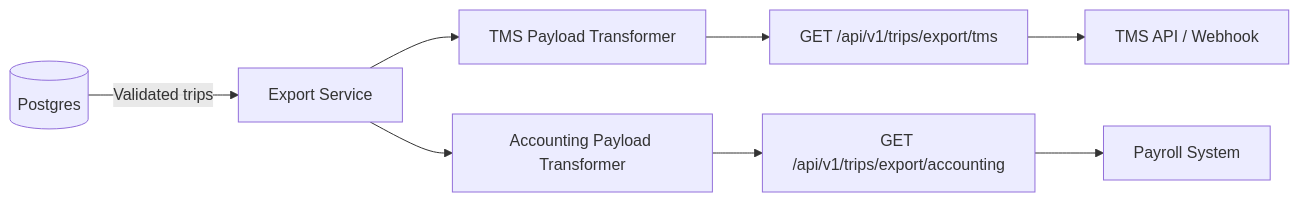
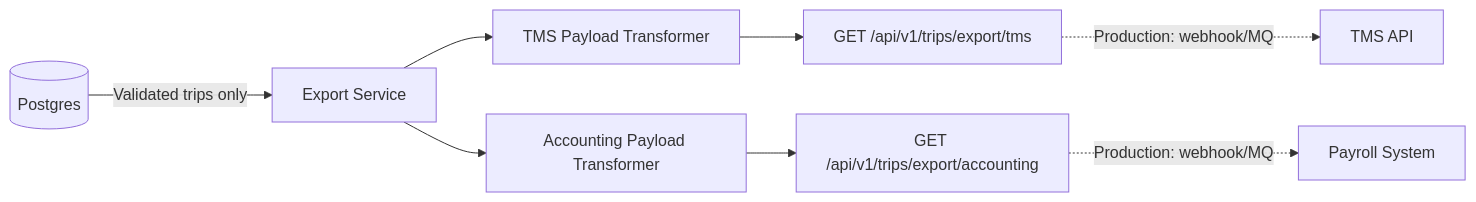
The diagram in docs/phase_4_planning.md (mu7ammad-3li/tripsheet-automation), drawn with Mermaid before and after one commit. The commit also changed other lines of this file and 4 other files, not shown here.

````diff
--- a/docs/phase_4_planning.md
+++ b/docs/phase_4_planning.md
@@ -12,10 +17,10 @@
 ```mermaid
 graph LR
-    A[(Postgres)] -->|Validated trips| B[Export Service]
+    A[(Postgres)] -->|Validated trips only| B[Export Service]
     B --> C[TMS Payload Transformer]
     B --> D[Accounting Payload Transformer]
     C --> E["GET /api/v1/trips/export/tms"]
     D --> F["GET /api/v1/trips/export/accounting"]
-    E --> G[TMS API / Webhook]
-    F --> H[Payroll System]
+    E -.->|Production: webhook/MQ| G[TMS API]
+    F -.->|Production: webhook/MQ| H[Payroll System]
 ```
````
